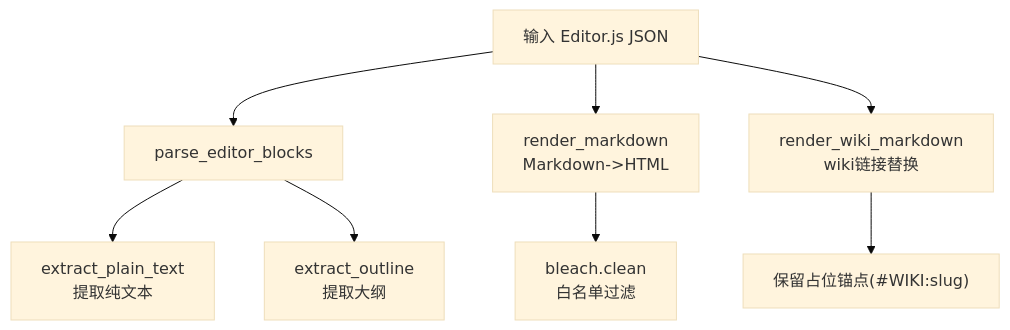
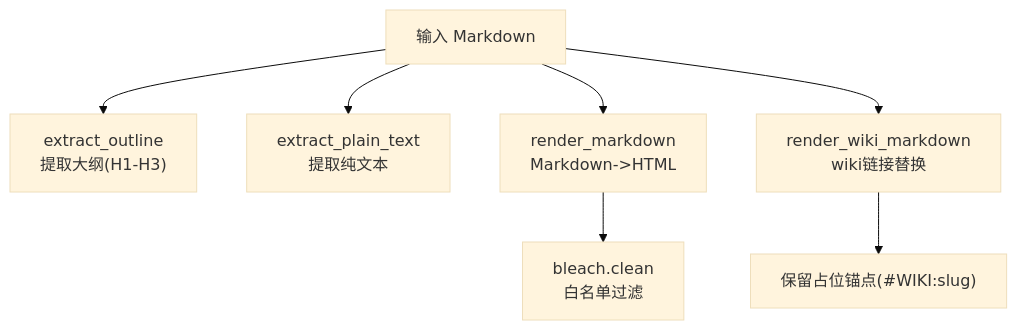
One commit to beyondalbert/my_wiki changed the fourth of 6 diagrams in .qoder/repowiki/zh/content/数据模型设计/文档模型.md. Above: the diagram before and after it, drawn with Mermaid (base theme). The commit also changed other lines of this file and 9 other files, not shown here.

````diff
--- a/.qoder/repowiki/zh/content/数据模型设计/文档模型.md
+++ b/.qoder/repowiki/zh/content/数据模型设计/文档模型.md
@@ -238,10 +266,9 @@
 ```mermaid
 flowchart TD
-A["输入 Editor.js JSON"] --> B["parse_editor_blocks"]
-B --> C["extract_plain_text<br/>提取纯文本"]
-B --> D["extract_outline<br/>提取大纲"]
-A --> E["render_markdown<br/>Markdown->HTML"]
-E --> F["bleach.clean<br/>白名单过滤"]
-A --> G["render_wiki_markdown<br/>wiki链接替换"]
-G --> H["保留占位锚点(#WIKI:slug)"]
+A["输入 Markdown"] --> B["extract_outline<br/>提取大纲(H1-H3)"]
+A --> C["extract_plain_text<br/>提取纯文本"]
+A --> D["render_markdown<br/>Markdown->HTML"]
+D --> E["bleach.clean<br/>白名单过滤"]
+A --> F["render_wiki_markdown<br/>wiki链接替换"]
+F --> G["保留占位锚点(#WIKI:slug)"]
 ```
````
